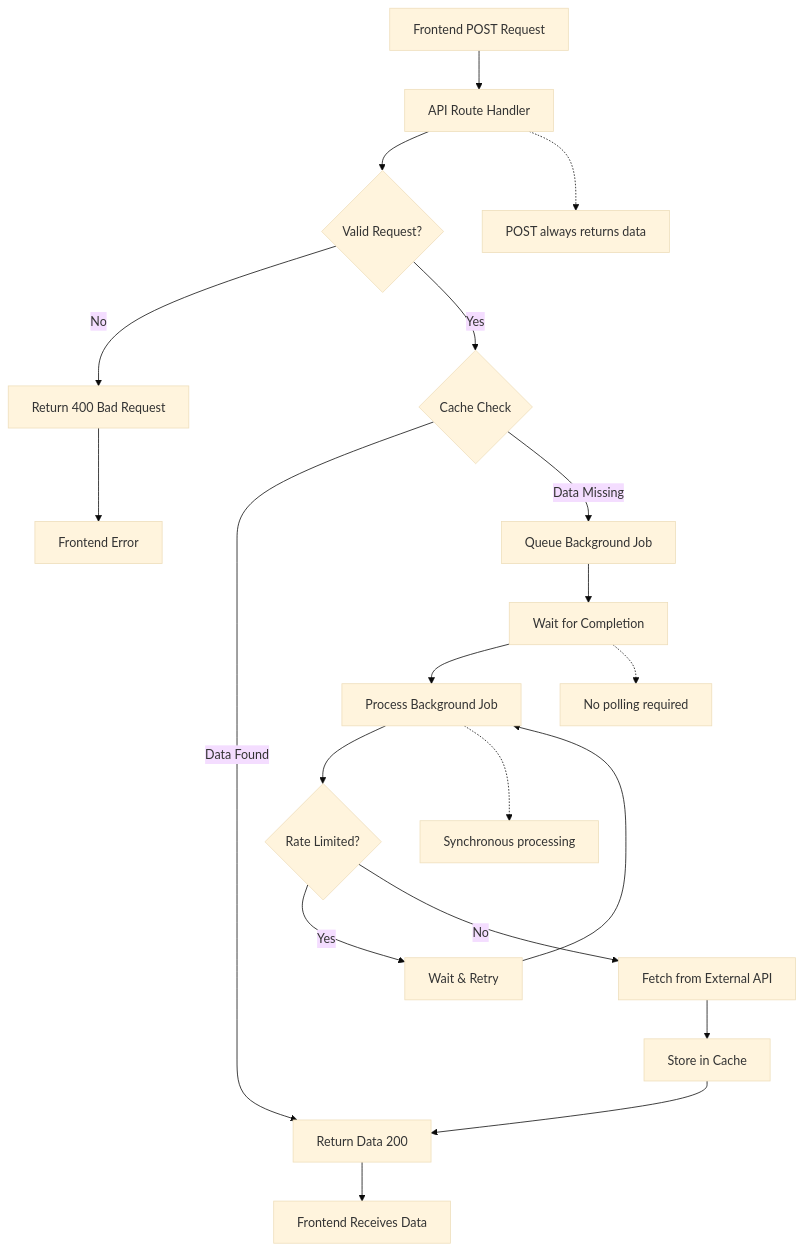
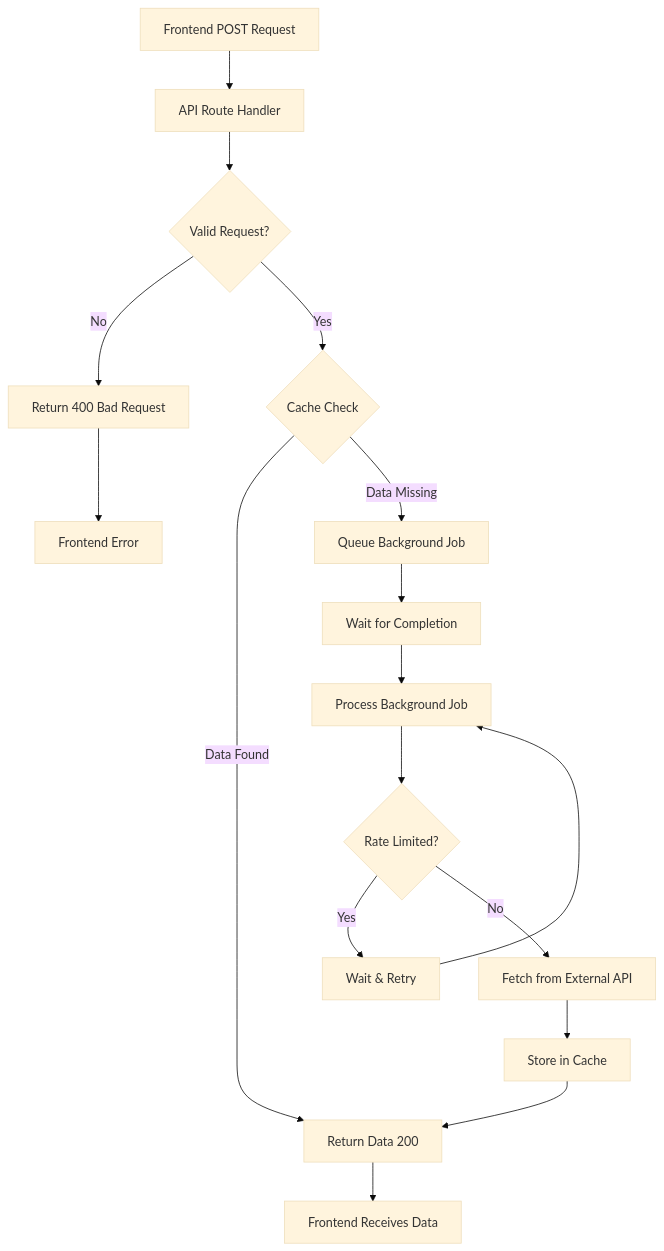
One commit to szarroug3/dota-data changed the first of 4 diagrams in docs/orchestration-implementation.md. Above: the diagram before and after it, drawn with Mermaid (base theme). The commit also changed other lines of this file and 341 other files, not shown here.

````diff
--- a/docs/orchestration-implementation.md
+++ b/docs/orchestration-implementation.md
@@ -172,39 +161,30 @@
 ```mermaid
 flowchart TD
     %% Frontend Request
     FRONTEND[Frontend POST Request] --> API[API Route Handler]
     
     %% Request Validation
     API --> VALIDATE{Valid Request?}
     VALIDATE -->|No| ERROR_400[Return 400 Bad Request]
     VALIDATE -->|Yes| CACHE{Cache Check}
     
     %% Cache Hit Path
     CACHE -->|Data Found| RETURN[Return Data 200]
     
     %% Cache Miss Path
     CACHE -->|Data Missing| QUEUE[Queue Background Job]
     QUEUE --> WAIT[Wait for Completion]
     WAIT --> PROCESS[Process Background Job]
     
     %% Background Processing
     PROCESS --> RATE_LIMIT{Rate Limited?}
     RATE_LIMIT -->|Yes| RETRY[Wait & Retry]
     RETRY --> PROCESS
     RATE_LIMIT -->|No| FETCH[Fetch from External API]
     FETCH --> STORE[Store in Cache]
     STORE --> RETURN
     
     %% Response
     RETURN --> FRONTEND_RESPONSE[Frontend Receives Data]
     ERROR_400 --> FRONTEND_ERROR[Frontend Error]
-    
-    %% Notes
-    N1[POST always returns data]
-    N2[No polling required]
-    N3[Synchronous processing]
-    
-    API -.-> N1
-    WAIT -.-> N2
-    PROCESS -.-> N3
 ```
````
